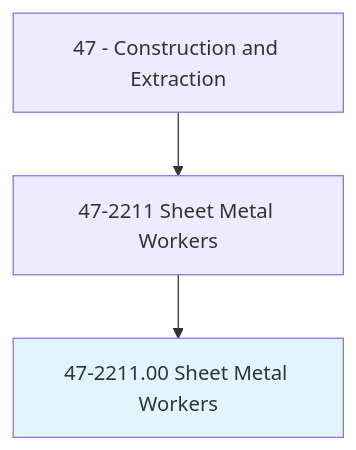
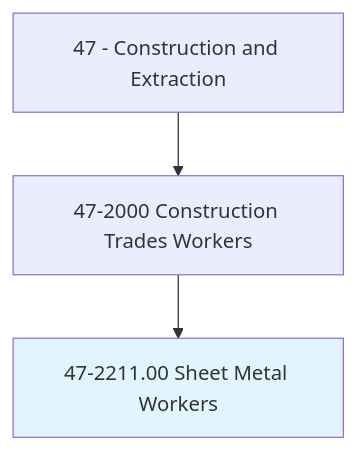
The first of 4 diagrams in occupations/Construction/SheetMetalWorkers.mdx (kziemski/business.org.ai), drawn with Mermaid before and after one commit. The commit also changed other lines of this file and 938 other files, not shown here.

````diff
--- a/occupations/Construction/SheetMetalWorkers.mdx
+++ b/occupations/Construction/SheetMetalWorkers.mdx
@@ -19,6 +23,6 @@
 ```mermaid
 graph TD
-    Cat47["47 - Construction and Extraction"] --> Group472211["47-2211 Sheet Metal Workers"]
-    Group472211 --> Current["47-2211.00 Sheet Metal Workers"]
+    Cat47["47 - Construction and Extraction"] --> Group472["47-2000 Construction Trades Workers"]
+    Group472 --> Current["47-2211.00 Sheet Metal Workers"]
     style Current fill:#e1f5fe
 ```
````
